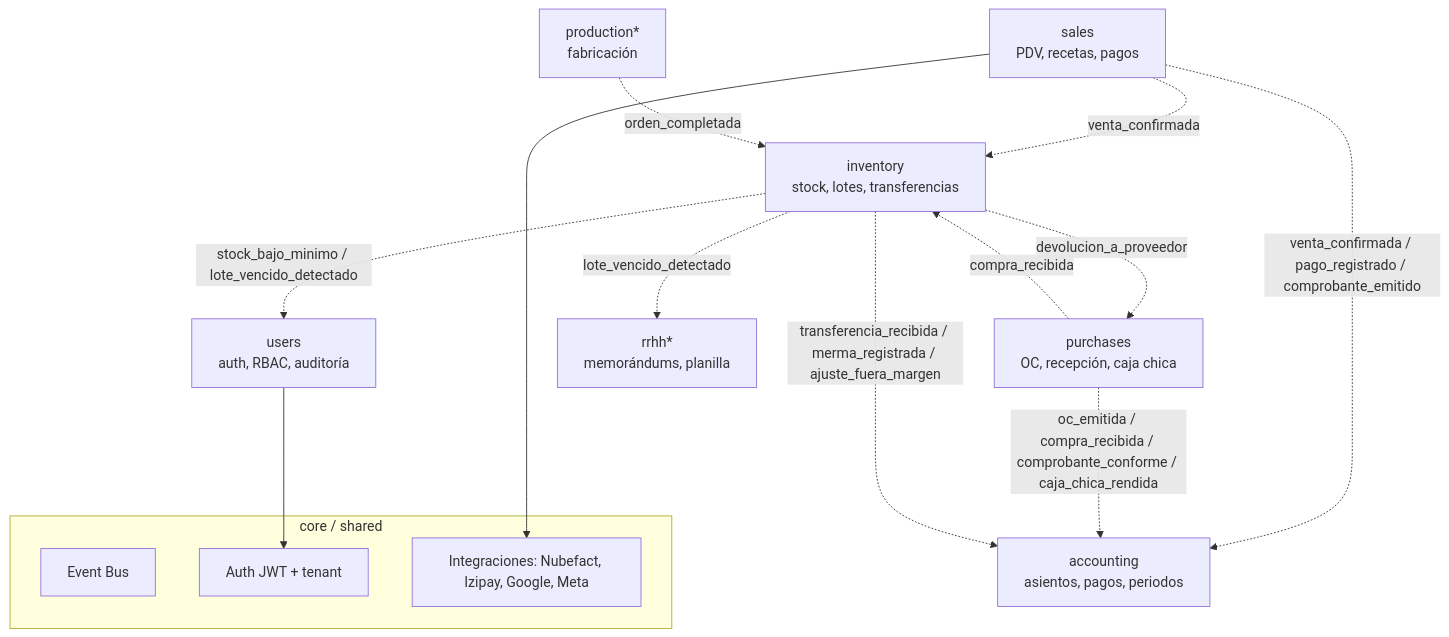
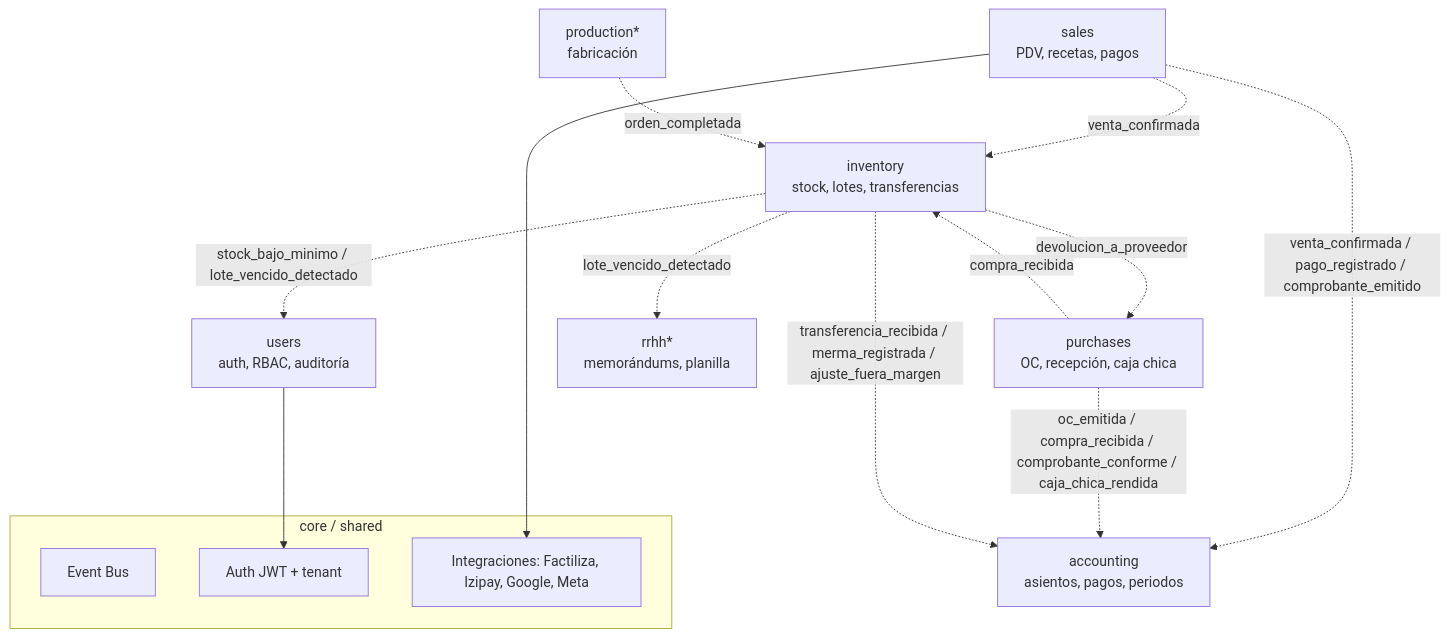
The diagram in docs/diagrams/modules.md (rrojasda94/provecho-erp), drawn with Mermaid before and after one commit. The commit also changed 94 other files, not shown here.

````diff
--- a/docs/diagrams/modules.md
+++ b/docs/diagrams/modules.md
@@ -7,29 +7,29 @@
 ```mermaid
 flowchart TB
     subgraph core[core / shared]
         BUS[Event Bus]
         AUTH[Auth JWT + tenant]
-        INT[Integraciones: Nubefact, Izipay, Google, Meta]
+        INT[Integraciones: Factiliza, Izipay, Google, Meta]
     end
 
     USERS[users\nauth, RBAC, auditoría]
     SALES[sales\nPDV, recetas, pagos]
     INV[inventory\nstock, lotes, transferencias]
     PUR[purchases\nOC, recepción, caja chica]
     ACC[accounting\nasientos, pagos, periodos]
     PROD[production*\nfabricación]
     RRHH[rrhh*\nmemorándums, planilla]
 
     SALES -. venta_confirmada .-> INV
     SALES -. venta_confirmada / pago_registrado / comprobante_emitido .-> ACC
     PUR -. compra_recibida .-> INV
     PUR -. oc_emitida / compra_recibida / comprobante_conforme / caja_chica_rendida .-> ACC
     PROD -. orden_completada .-> INV
     INV -. stock_bajo_minimo / lote_vencido_detectado .-> USERS
     INV -. transferencia_recibida / merma_registrada / ajuste_fuera_margen .-> ACC
     INV -. devolucion_a_proveedor .-> PUR
     INV -. lote_vencido_detectado .-> RRHH
 
     SALES --> INT
     USERS --> AUTH
 ```
````
